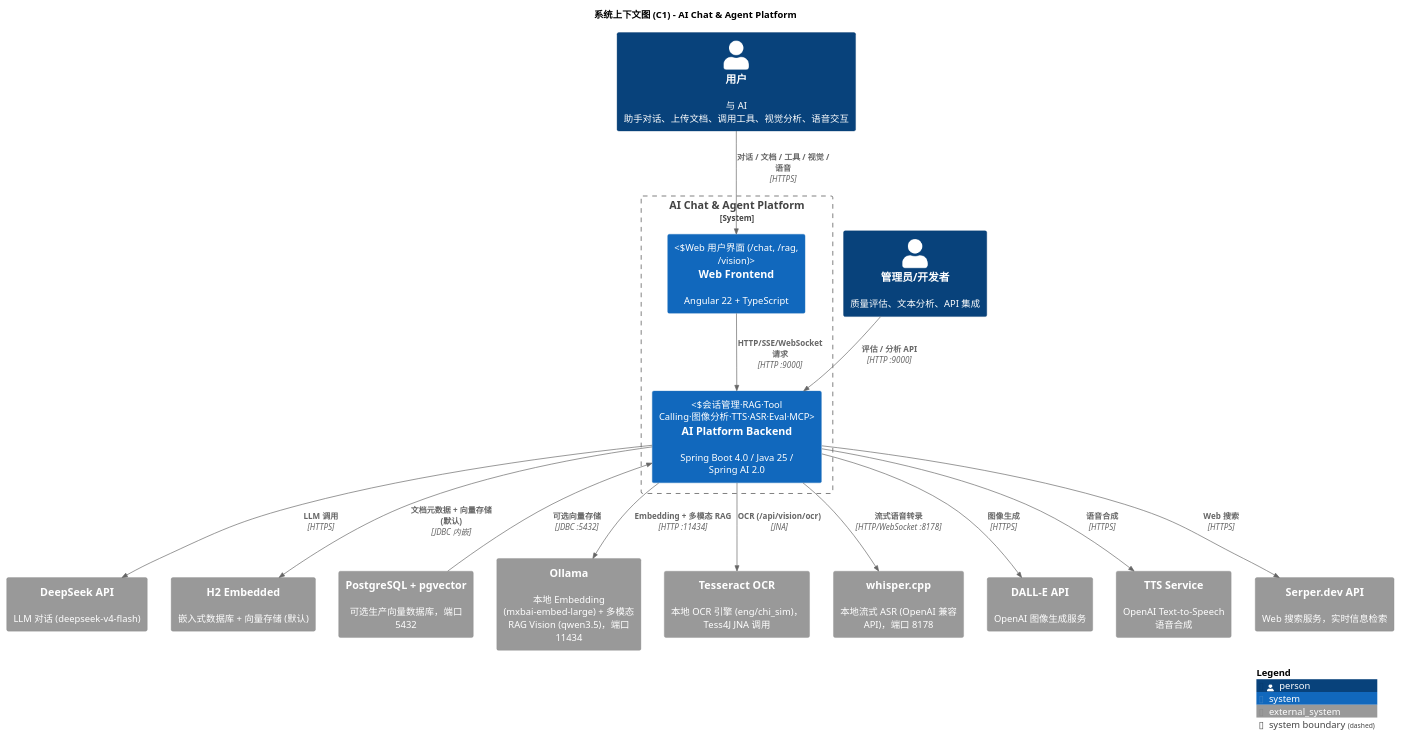
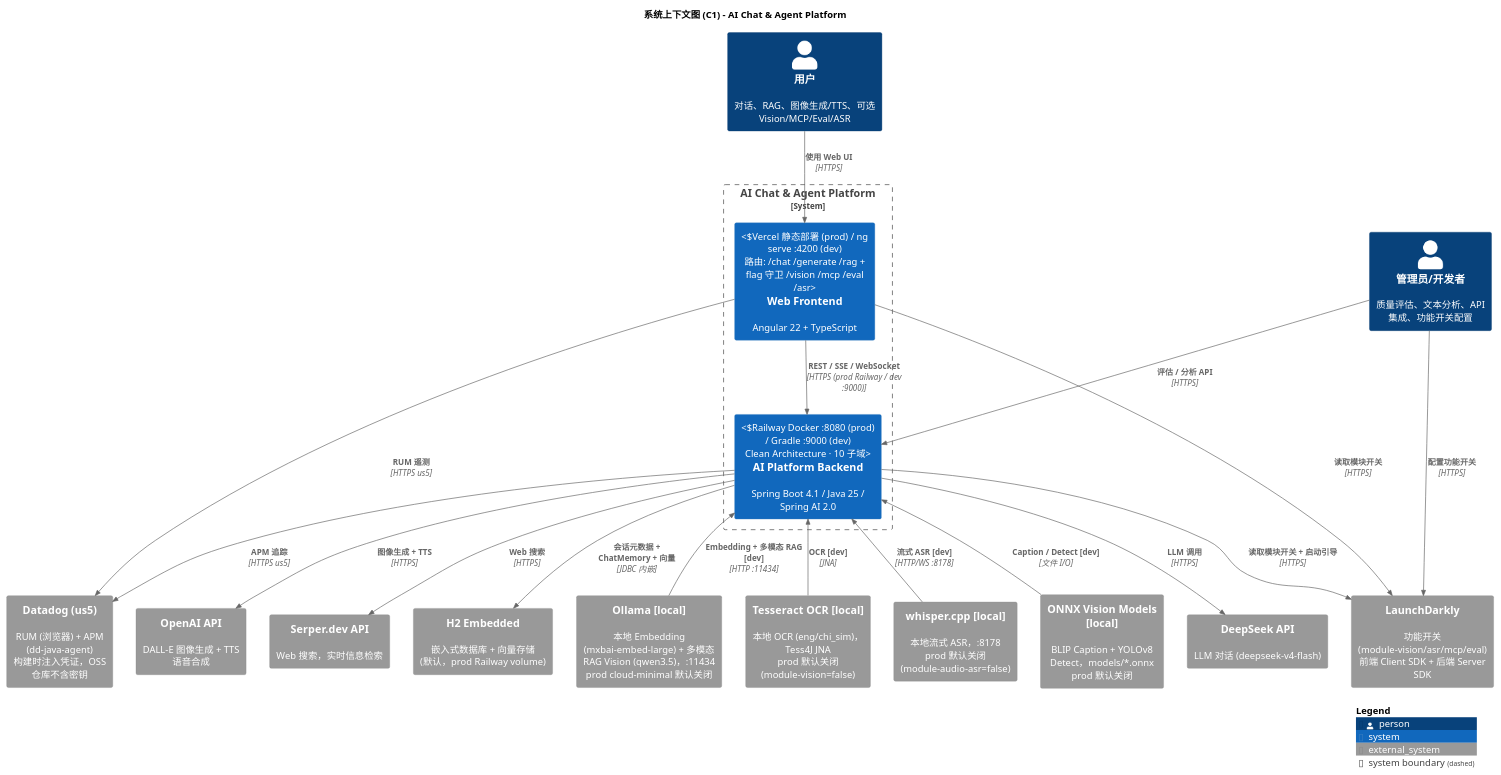
One commit to felixzhu97/explore-ai changed the diagram in docs/c4/C1-Context.puml. Above: the diagram before and after it, drawn with PlantUML. The commit also changed 12 other files, not shown here.

First line of the commit message:
docs: update C4 model for current architecture

```diff
--- a/docs/c4/C1-Context.puml
+++ b/docs/c4/C1-Context.puml
@@ -1,53 +1,68 @@
 @startuml C1-Context
 !include https://raw.githubusercontent.com/plantuml-stdlib/C4-PlantUML/master/C4_Context.puml
 
 LAYOUT_WITH_LEGEND()
 
 title 系统上下文图 (C1) - AI Chat & Agent Platform
 
 ' ============================================================
-' PEOPLE - 人员
+' PEOPLE
 ' ============================================================
-Person(user, "用户", "与 AI 助手对话、上传文档、调用工具、视觉分析、语音交互")
-Person(admin, "管理员/开发者", "质量评估、文本分析、API 集成")
+Person(user, "用户", "对话、RAG、图像生成/TTS、可选 Vision/MCP/Eval/ASR")
+Person(admin, "管理员/开发者", "质量评估、文本分析、API 集成、功能开关配置")
 
 ' ============================================================
-' AI Chat & Agent Platform 系统边界
+' AI Chat & Agent Platform
 ' ============================================================
 System_Boundary(ai_platform, "AI Chat & Agent Platform") {
-    System(frontend, "Web Frontend", "Angular 22 + TypeScript", "Web 用户界面 (/chat, /rag, /vision)")
-    System(backend, "AI Platform Backend", "Spring Boot 4.0 / Java 25 / Spring AI 2.0", "会话管理·RAG·Tool Calling·图像分析·TTS·ASR·Eval·MCP")
+    System(frontend, "Web Frontend", "Angular 22 + TypeScript", "Vercel 静态部署 (prod) / ng serve :4200 (dev)\n路由: /chat /generate /rag + flag 守卫 /vision /mcp /eval /asr")
+    System(backend, "AI Platform Backend", "Spring Boot 4.1 / Java 25 / Spring AI 2.0", "Railway Docker :8080 (prod) / Gradle :9000 (dev)\nClean Architecture · 10 子域")
 }
 
 ' ============================================================
-' EXTERNAL SYSTEMS - 外部系统
+' PLATFORM SERVICES
+' ============================================================
+System_Ext(launchdarkly, "LaunchDarkly", "功能开关 (module-vision/asr/mcp/eval)\n前端 Client SDK + 后端 Server SDK")
+System_Ext(datadog, "Datadog (us5)", "RUM (浏览器) + APM (dd-java-agent)\n构建时注入凭证，OSS 仓库不含密钥")
+
+' ============================================================
+' CLOUD AI SERVICES (prod + dev)
 ' ============================================================
 System_Ext(deepseek_api, "DeepSeek API", "LLM 对话 (deepseek-v4-flash)")
-System_Ext(h2_db, "H2 Embedded", "嵌入式数据库 + 向量存储 (默认)")
-System_Ext(postgresql, "PostgreSQL + pgvector", "可选生产向量数据库，端口 5432")
-System_Ext(ollama, "Ollama", "本地 Embedding (mxbai-embed-large) + 多模态 RAG Vision (qwen3.5)，端口 11434")
-System_Ext(tesseract, "Tesseract OCR", "本地 OCR 引擎 (eng/chi_sim)，Tess4J JNA 调用")
-System_Ext(whisper_cpp, "whisper.cpp", "本地流式 ASR (OpenAI 兼容 API)，端口 8178")
-System_Ext(dalle_api, "DALL-E API", "OpenAI 图像生成服务")
-System_Ext(tts_api, "TTS Service", "OpenAI Text-to-Speech 语音合成")
-System_Ext(serper_api, "Serper.dev API", "Web 搜索服务，实时信息检索")
+System_Ext(openai_api, "OpenAI API", "DALL-E 图像生成 + TTS 语音合成")
+System_Ext(serper_api, "Serper.dev API", "Web 搜索，实时信息检索")
 
 ' ============================================================
-' RELATIONSHIPS - 关系
+' DATA & LOCAL-ONLY SERVICES (dev / optional)
 ' ============================================================
-Rel(user, frontend, "对话 / 文档 / 工具 / 视觉 / 语音", "HTTPS")
-Rel(admin, backend, "评估 / 分析 API", "HTTP :9000")
-Rel(frontend, backend, "HTTP/SSE/WebSocket 请求", "HTTP :9000")
+System_Ext(h2_db, "H2 Embedded", "嵌入式数据库 + 向量存储 (默认，prod Railway volume)")
+System_Ext(ollama, "Ollama [local]", "本地 Embedding (mxbai-embed-large) + 多模态 RAG Vision (qwen3.5)，:11434\nprod cloud-minimal 默认关闭")
+System_Ext(tesseract, "Tesseract OCR [local]", "本地 OCR (eng/chi_sim)，Tess4J JNA\nprod 默认关闭 (module-vision=false)")
+System_Ext(whisper_cpp, "whisper.cpp [local]", "本地流式 ASR，:8178\nprod 默认关闭 (module-audio-asr=false)")
+System_Ext(onnx_vision, "ONNX Vision Models [local]", "BLIP Caption + YOLOv8 Detect，models/*.onnx\nprod 默认关闭")
+
+' ============================================================
+' RELATIONSHIPS
+' ============================================================
+Rel(user, frontend, "使用 Web UI", "HTTPS")
+Rel(admin, launchdarkly, "配置功能开关", "HTTPS")
+Rel(admin, backend, "评估 / 分析 API", "HTTPS")
+Rel(frontend, backend, "REST / SSE / WebSocket", "HTTPS (prod Railway / dev :9000)")
+
+Rel(frontend, launchdarkly, "读取模块开关", "HTTPS")
+Rel(frontend, datadog, "RUM 遥测", "HTTPS us5")
+Rel(backend, launchdarkly, "读取模块开关 + 启动引导", "HTTPS")
+Rel(backend, datadog, "APM 追踪", "HTTPS us5")
 
 Rel(backend, deepseek_api, "LLM 调用", "HTTPS")
-Rel(backend, h2_db, "文档元数据 + 向量存储 (默认)", "JDBC 内嵌")
-Rel_Back(backend, postgresql, "可选向量存储", "JDBC :5432")
-Rel(backend, ollama, "Embedding + 多模态 RAG", "HTTP :11434")
-Rel(backend, tesseract, "OCR (/api/vision/ocr)", "JNA")
-Rel(backend, whisper_cpp, "流式语音转录", "HTTP/WebSocket :8178")
-Rel(backend, dalle_api, "图像生成", "HTTPS")
-Rel(backend, tts_api, "语音合成", "HTTPS")
+Rel(backend, openai_api, "图像生成 + TTS", "HTTPS")
 Rel(backend, serper_api, "Web 搜索", "HTTPS")
+Rel(backend, h2_db, "会话元数据 + ChatMemory + 向量", "JDBC 内嵌")
+
+Rel_Back(backend, ollama, "Embedding + 多模态 RAG [dev]", "HTTP :11434")
+Rel_Back(backend, tesseract, "OCR [dev]", "JNA")
+Rel_Back(backend, whisper_cpp, "流式 ASR [dev]", "HTTP/WS :8178")
+Rel_Back(backend, onnx_vision, "Caption / Detect [dev]", "文件 I/O")
 
 SHOW_LEGEND()
 @enduml
```
